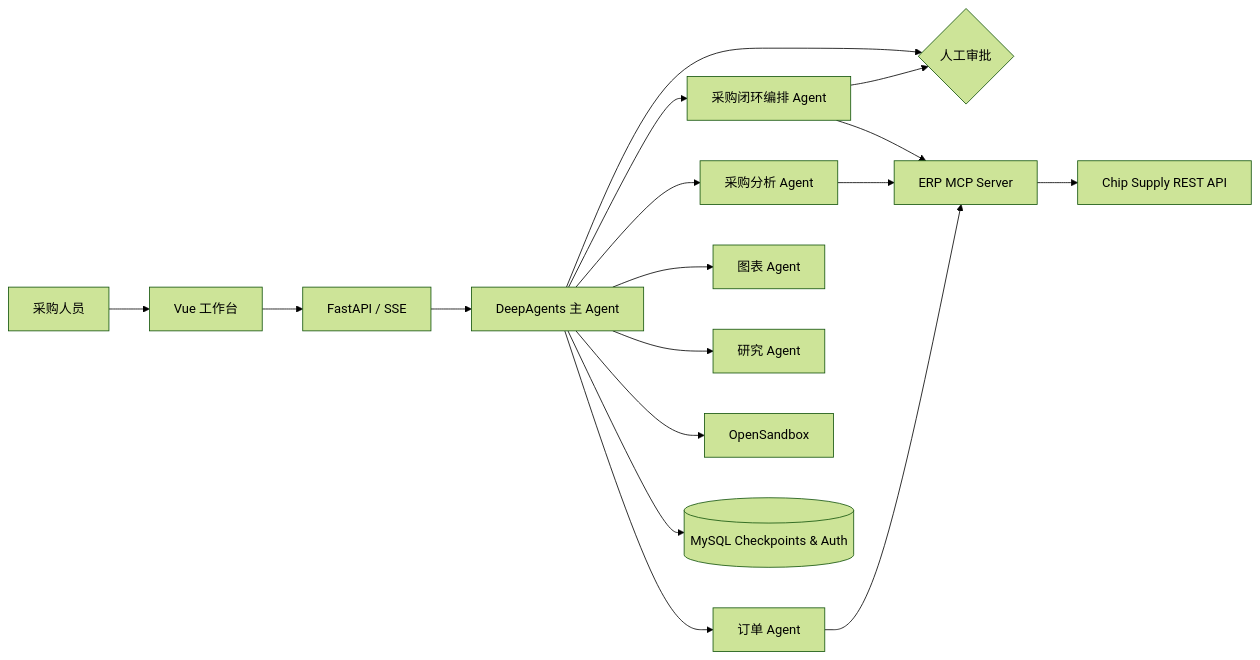
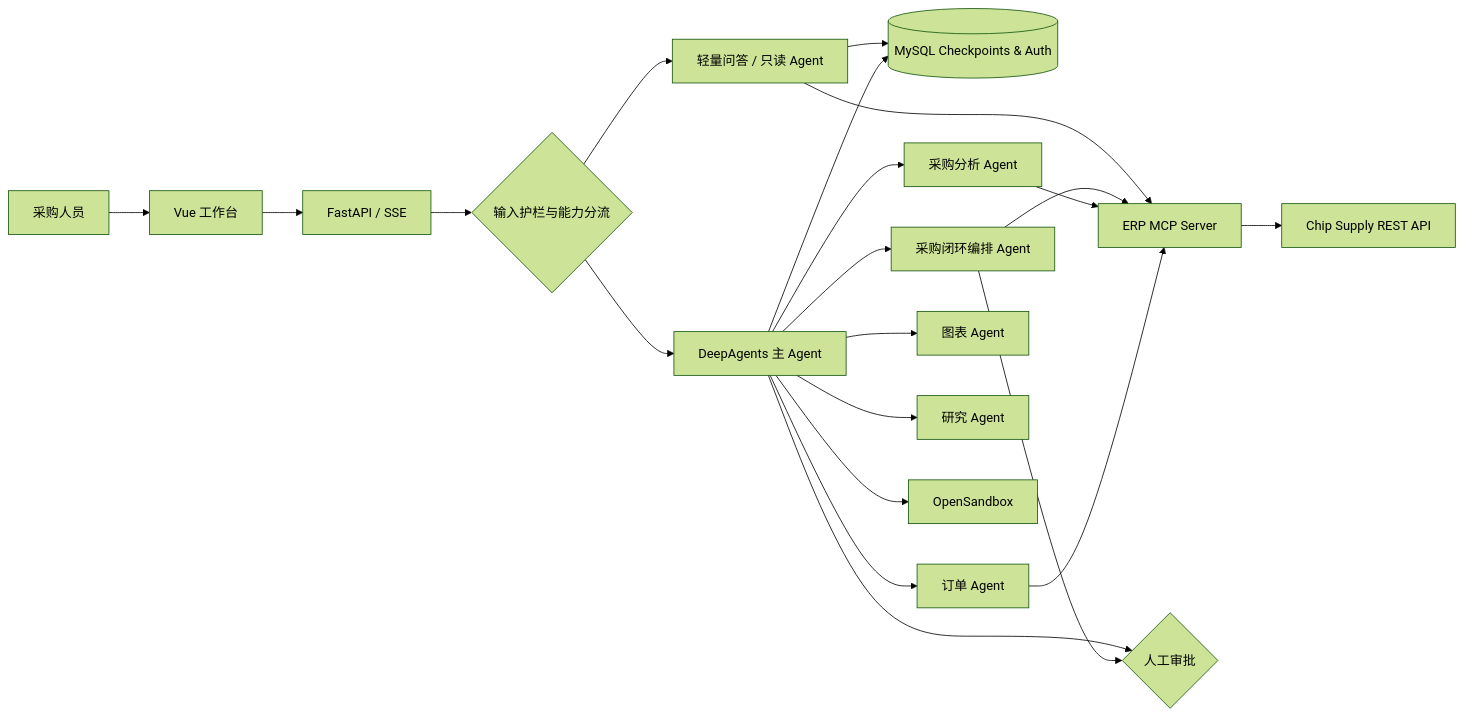
One commit to LZD88/ChipChain-Procurement-Agent changed the diagram in README.md. Above: the diagram before and after it, drawn with Mermaid (forest theme). The commit also changed other lines of this file and 16 other files, not shown here.

Commit message:
feat(agent): 增加规则与 DeepSeek 兜底分流和受限只读路径

````diff
--- a/README.md
+++ b/README.md
@@ -25,17 +26,21 @@
 ```mermaid
 flowchart LR
     U[采购人员] --> V[Vue 工作台]
     V --> API[FastAPI / SSE]
-    API --> G[DeepAgents 主 Agent]
+    API --> F{输入护栏与能力分流}
+    F --> L[轻量问答 / 只读 Agent]
+    L --> MCP
+    L --> DB
+    F --> G[DeepAgents 主 Agent]
     G --> P[采购闭环编排 Agent]
     G --> A[采购分析 Agent]
     G --> O[订单 Agent]
     G --> C[图表 Agent]
     G --> R[研究 Agent]
     G --> H{人工审批}
     P --> H
     P & A & O --> MCP[ERP MCP Server]
     MCP --> ERP[Chip Supply REST API]
     G --> S[OpenSandbox]
     G --> DB[(MySQL Checkpoints & Auth)]
 ```
````
